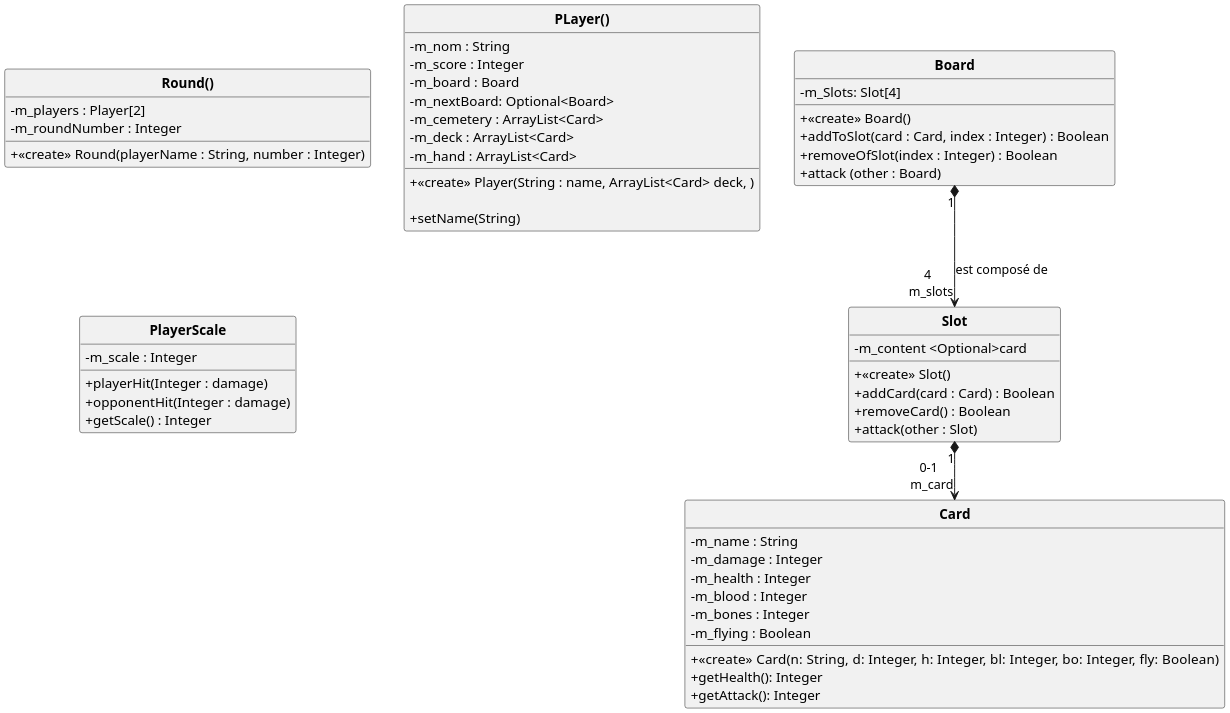
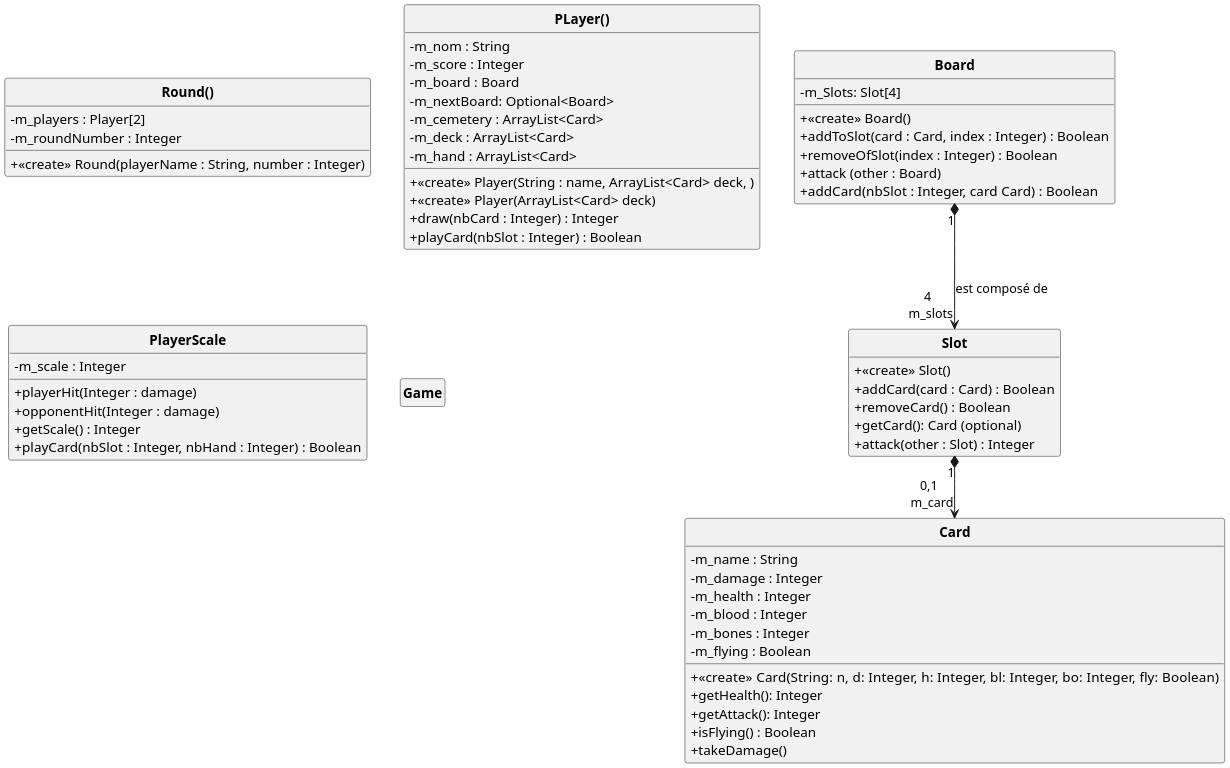
One commit to Romain-Pampagnin/Asciiption changed the diagram in uml/UML.puml. Above: the diagram before and after it, drawn with PlantUML.

```diff
--- a/uml/UML.puml
+++ b/uml/UML.puml
@@ -1,67 +1,76 @@
 @startuml
 'https://plantuml.com/class-diagram'
 scale 2
 skinparam classAttributeIconSize 0
 skinparam classFontStyle Bold
 skinparam style strictuml
 hide empty members
 
 
 Board "1"*-->"4 \n m_slots" Slot : est composé de
-Slot "1"*--> "0-1 \n m_card"Card
+Slot "1"*--> "0,1 \n m_card"Card
 
 class Round(){
 -m_players : Player[2]
 -m_roundNumber : Integer
 +<<create>> Round(playerName : String, number : Integer)
 }
 
 class PLayer(){
 -m_nom : String
 -m_score : Integer
 -m_board : Board
 -m_nextBoard: Optional<Board>
 -m_cemetery : ArrayList<Card>
 -m_deck : ArrayList<Card>
 -m_hand : ArrayList<Card>
 +<<create>> Player(String : name, ArrayList<Card> deck, )
-
-+ setName(String)
++<<create>> Player(ArrayList<Card> deck)
++draw(nbCard : Integer) : Integer
++playCard(nbSlot : Integer) : Boolean
 }
 
 class Card {
 -m_name : String
 -m_damage : Integer
 -m_health : Integer
 -m_blood : Integer
 -m_bones : Integer
 -m_flying : Boolean
-+ <<create>> Card(n: String, d: Integer, h: Integer,  bl: Integer, bo: Integer, fly: Boolean)
++ <<create>> Card(String: n, d: Integer, h: Integer,  bl: Integer, bo: Integer, fly: Boolean)
 + getHealth(): Integer
 + getAttack(): Integer
++ isFlying() : Boolean
++ takeDamage()
 }
 
 class Slot {
-- m_content <Optional>card
 + <<create>> Slot()
 + addCard(card : Card) : Boolean
 + removeCard() : Boolean
-+ attack(other : Slot)
++ getCard(): Card (optional)
++ attack(other : Slot) : Integer
 }
 
 class Board {
 -m_Slots: Slot[4]
 +<<create>> Board()
 + addToSlot(card : Card, index : Integer) : Boolean
 + removeOfSlot(index : Integer) : Boolean
 + attack (other : Board)
+/'+ isSlotFree(nbSlot : Integer) : Boolean '/
++ addCard(nbSlot : Integer, card Card) : Boolean
 }
 
 class PlayerScale {
 -m_scale : Integer
 + playerHit(Integer : damage)
 + opponentHit(Integer : damage)
 + getScale() : Integer
++ playCard(nbSlot : Integer, nbHand : Integer) : Boolean
+}
+
+class Game{
 }
 
 @enduml
```
